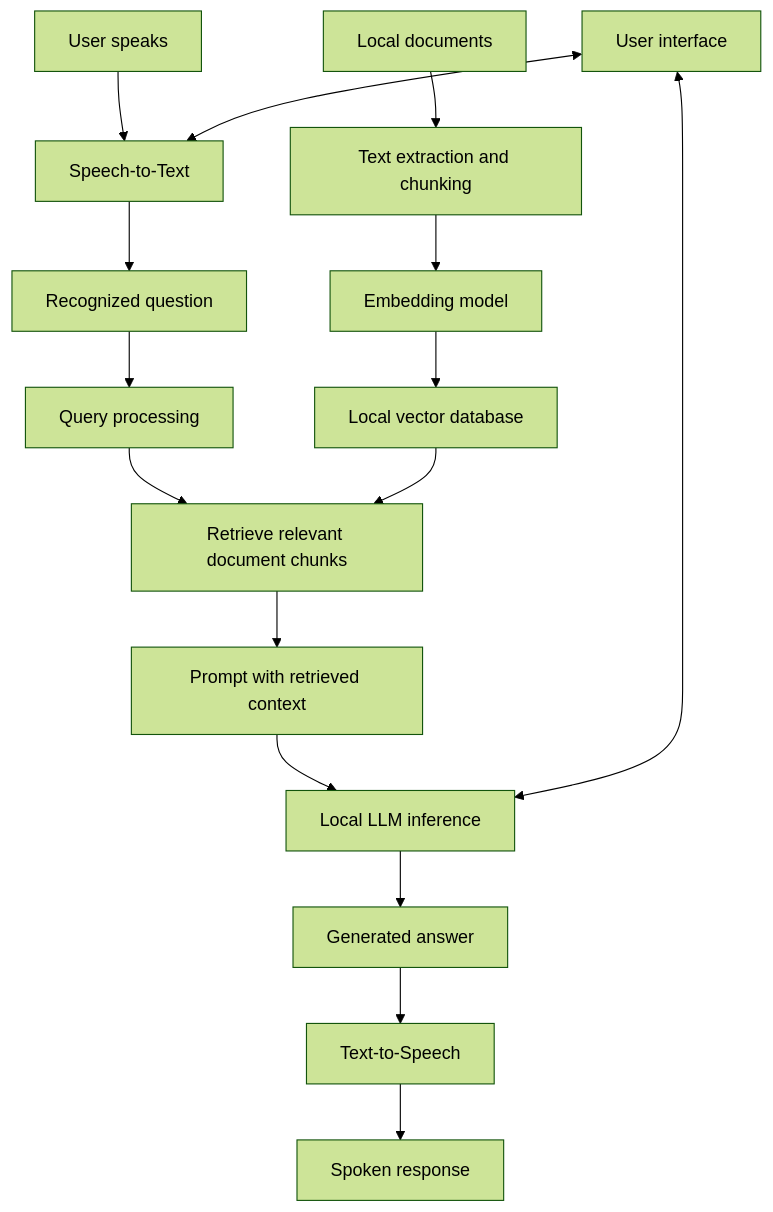
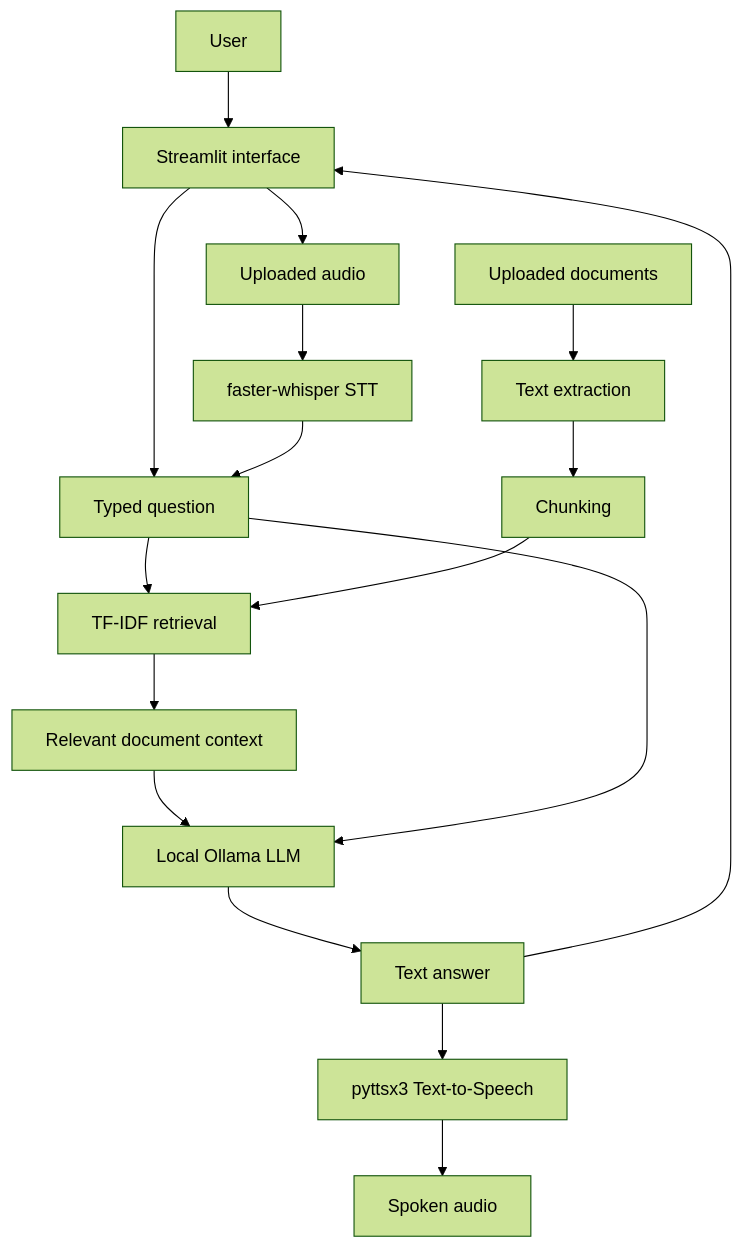
The diagram in README.md (ChetanSontakke11/Lava), drawn with Mermaid (forest theme) before and after one commit. The commit also changed other lines of this file, not shown here.

Commit message:
Document RAGVoice setup and implemented features

````diff
--- a/README.md
+++ b/README.md
@@ -18,18 +21,19 @@
 ```mermaid
 flowchart TD
-    A[User speaks] --> B[Speech-to-Text]
-    B --> C[Recognized question]
-    C --> D[Query processing]
-    D --> E[Retrieve relevant document chunks]
-    F[Local documents] --> G[Text extraction and chunking]
-    G --> H[Embedding model]
-    H --> I[Local vector database]
-    I --> E
-    E --> J[Prompt with retrieved context]
-    J --> K[Local LLM inference]
-    K --> L[Generated answer]
-    L --> M[Text-to-Speech]
-    M --> N[Spoken response]
-    O[User interface] <--> B
-    O <--> K
+    U[User] --> UI[Streamlit interface]
+    UI --> Q[Typed question]
+    UI --> AU[Uploaded audio]
+    AU --> STT[faster-whisper STT]
+    STT --> Q
+    Q --> R[TF-IDF retrieval]
+    DOC[Uploaded documents] --> EXT[Text extraction]
+    EXT --> CH[Chunking]
+    CH --> R
+    R --> CTX[Relevant document context]
+    CTX --> LLM[Local Ollama LLM]
+    Q --> LLM
+    LLM --> A[Text answer]
+    A --> TTS[pyttsx3 Text-to-Speech]
+    TTS --> SP[Spoken audio]
+    A --> UI
 ```
````
